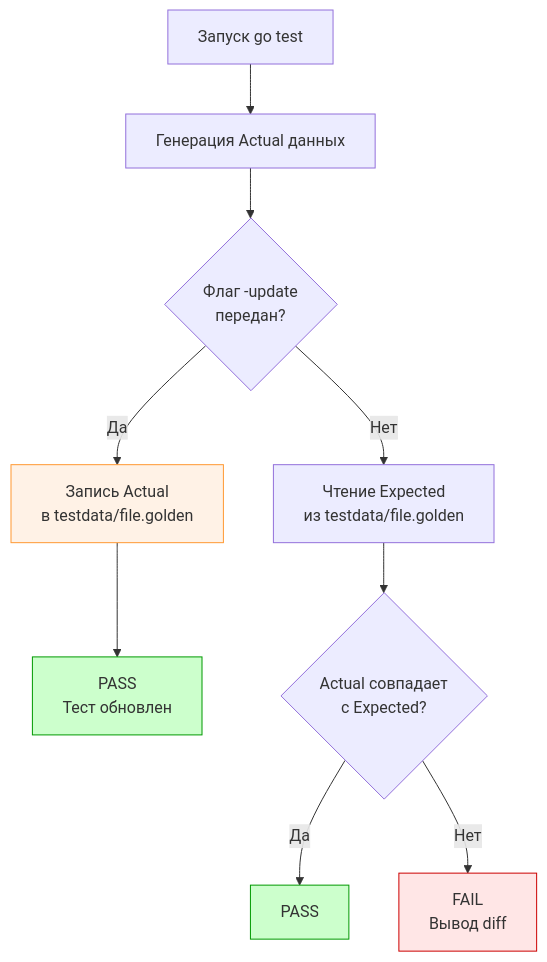
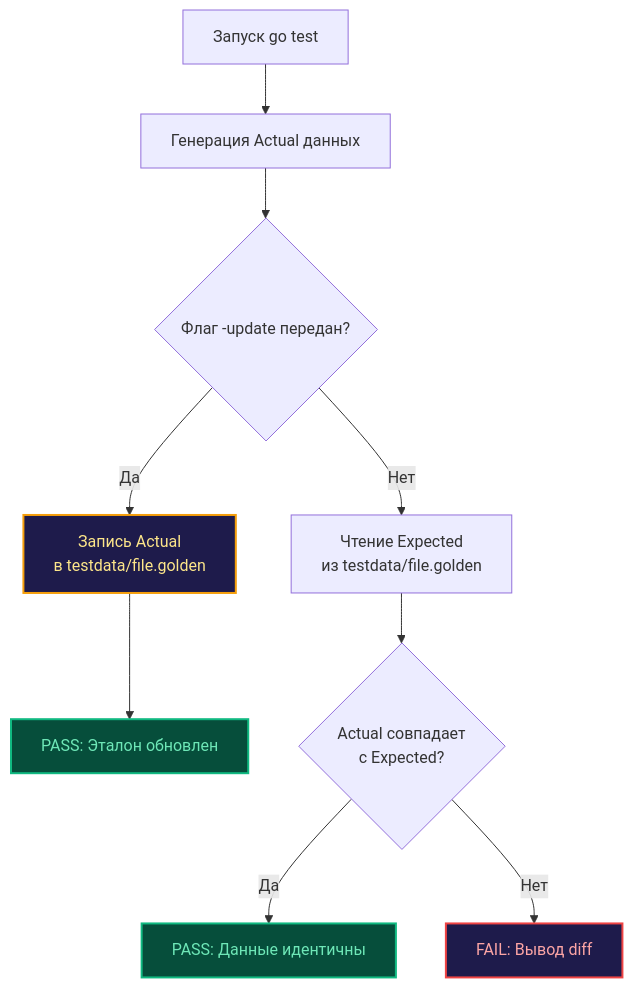
Before and after one commit to UnrealTemplier/go-textbook: the diagram in sources/15. Тестирование в Go (QA & Testing)/03. Assertions и tooling/4. Golden tests.md, drawn with Mermaid. The commit also changed other lines of this file, not shown here.

Commit message:
feat(module-15): editorial rewrite of lecture 4 (Golden tests) in Subsection 3 in Kernighan style

````diff
--- a/sources/15. Тестирование в Go (QA & Testing)/03. Assertions и tooling/4. Golden tests.md
+++ b/sources/15. Тестирование в Go (QA & Testing)/03. Assertions и tooling/4. Golden tests.md
@@ -19,19 +21,19 @@
 ```mermaid
 flowchart TD
     Start["Запуск go test"] --> Gen["Генерация Actual данных"]
-    Gen --> CheckUpdate{"Флаг -update <br>передан?"}
+    Gen --> CheckUpdate{"Флаг -update передан?"}
     
-    CheckUpdate -->|"Да"| Write["Запись Actual <br>в testdata/file.golden"]
-    Write --> PassUpdate["PASS <br>Тест обновлен"]
+    CheckUpdate -->|"Да"| Write["Запись Actual<br/>в testdata/file.golden"]
+    Write --> PassUpdate["PASS: Эталон обновлен"]
     
-    CheckUpdate -->|"Нет"| Read["Чтение Expected <br>из testdata/file.golden"]
-    Read --> Cmp{"Actual совпадает <br>с Expected?"}
+    CheckUpdate -->|"Нет"| Read["Чтение Expected<br/>из testdata/file.golden"]
+    Read --> Cmp{"Actual совпадает<br/>с Expected?"}
     
-    Cmp -->|"Да"| Pass["PASS"]
-    Cmp -->|"Нет"| Fail["FAIL <br>Вывод diff"]
+    Cmp -->|"Да"| Pass["PASS: Данные идентичны"]
+    Cmp -->|"Нет"| Fail["FAIL: Вывод diff"]
     
-    style Write fill:#fff2e6,stroke:#ff9933
-    style Fail fill:#ffe6e6,stroke:#cc0000
-    style Pass fill:#ccffcc,stroke:#009900
-    style PassUpdate fill:#ccffcc,stroke:#009900
+    style Write fill:#1e1b4b,stroke:#f59e0b,stroke-width:2px,color:#fde68a
+    style Fail fill:#1e1b4b,stroke:#ef4444,stroke-width:2px,color:#fca5a5
+    style Pass fill:#064e3b,stroke:#10b981,stroke-width:2px,color:#6ee7b7
+    style PassUpdate fill:#064e3b,stroke:#10b981,stroke-width:2px,color:#6ee7b7
 ```
````
